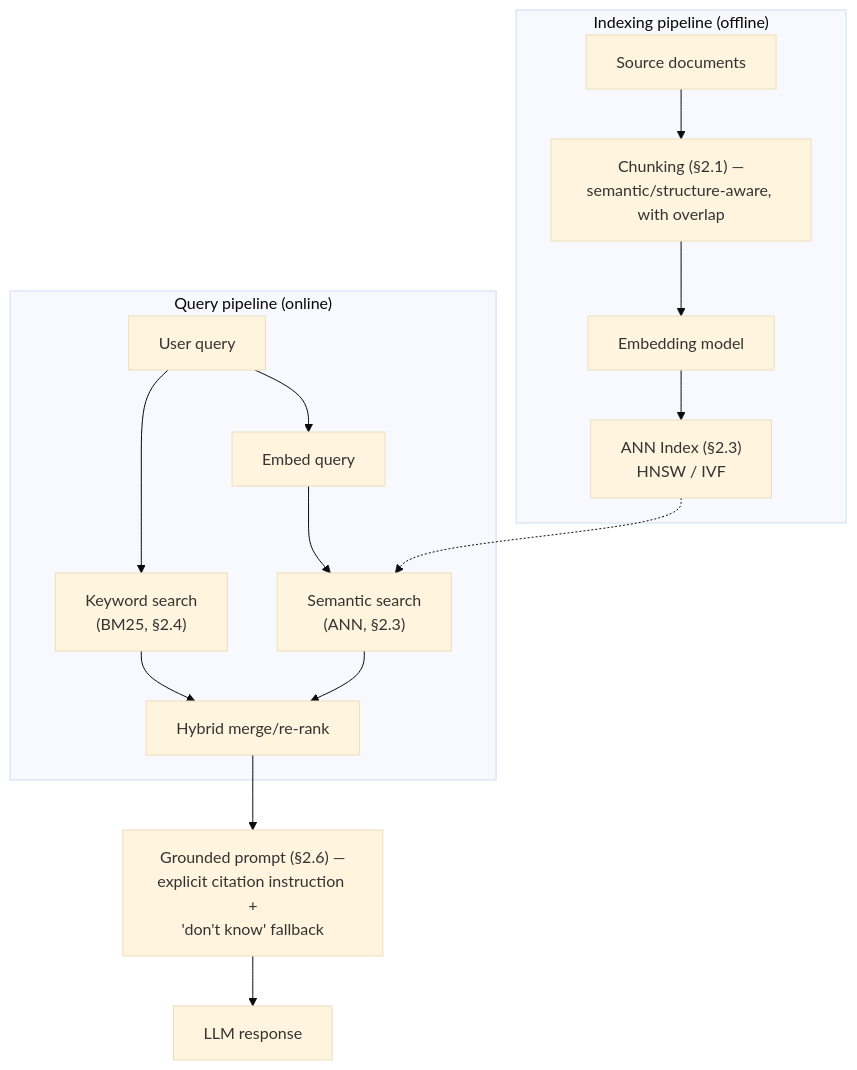
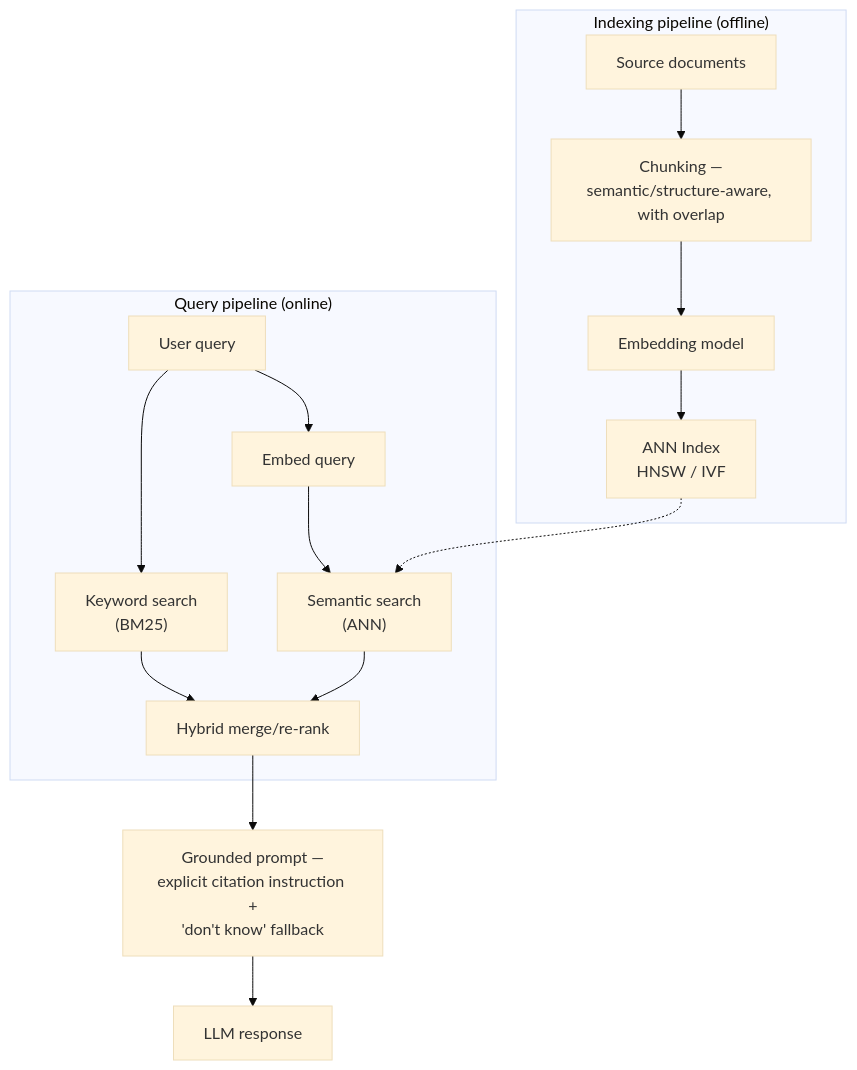
The diagram in 44-AI-Systems/03-RAG-Retrieval-Augmented-Generation-ChunkingStrategies-HybridSearch-Evaluation.md (umashankarp/InterviewQuestions), drawn with Mermaid (base theme) before and after one commit. The commit also changed other lines of this file and 173 other files, not shown here.

````diff
--- a/44-AI-Systems/03-RAG-Retrieval-Augmented-Generation-ChunkingStrategies-HybridSearch-Evaluation.md
+++ b/44-AI-Systems/03-RAG-Retrieval-Augmented-Generation-ChunkingStrategies-HybridSearch-Evaluation.md
@@ -64,26 +64,26 @@
 ```mermaid
 graph TB
-    subgraph "Indexing pipeline (offline)"
-        Docs[Source documents]
-        Chunk["Chunking (§2.1) —<br/>semantic/structure-aware, with overlap"]
-        Embed[Embedding model]
-        Index["ANN Index (§2.3)<br/>HNSW / IVF"]
-        Docs --> Chunk --> Embed --> Index
-    end
+ subgraph "Indexing pipeline (offline)"
+ Docs[Source documents]
+ Chunk["Chunking —<br/>semantic/structure-aware, with overlap"]
+ Embed[Embedding model]
+ Index["ANN Index<br/>HNSW / IVF"]
+ Docs --> Chunk --> Embed --> Index
+ end
 
-    subgraph "Query pipeline (online)"
-        Query[User query]
-        QEmbed[Embed query]
-        Semantic["Semantic search<br/>(ANN, §2.3)"]
-        Keyword["Keyword search<br/>(BM25, §2.4)"]
-        Merge["Hybrid merge/re-rank"]
-        Query --> QEmbed --> Semantic
-        Query --> Keyword
-        Semantic --> Merge
-        Keyword --> Merge
-    end
+ subgraph "Query pipeline (online)"
+ Query[User query]
+ QEmbed[Embed query]
+ Semantic["Semantic search<br/>(ANN)"]
+ Keyword["Keyword search<br/>(BM25)"]
+ Merge["Hybrid merge/re-rank"]
+ Query --> QEmbed --> Semantic
+ Query --> Keyword
+ Semantic --> Merge
+ Keyword --> Merge
+ end
 
-    Index -.-> Semantic
-    Merge --> Grounding["Grounded prompt (§2.6) —<br/>explicit citation instruction +<br/>'don't know' fallback"]
-    Grounding --> LLM[LLM response]
+ Index -.-> Semantic
+ Merge --> Grounding["Grounded prompt —<br/>explicit citation instruction +<br/>'don't know' fallback"]
+ Grounding --> LLM[LLM response]
 ```
````
